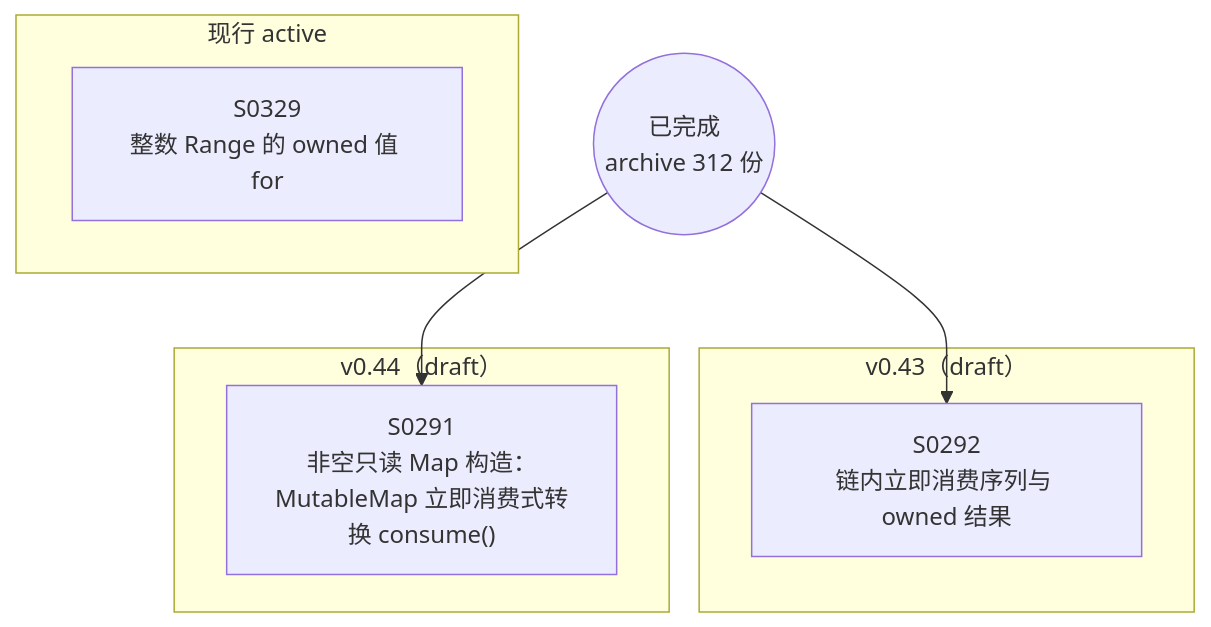
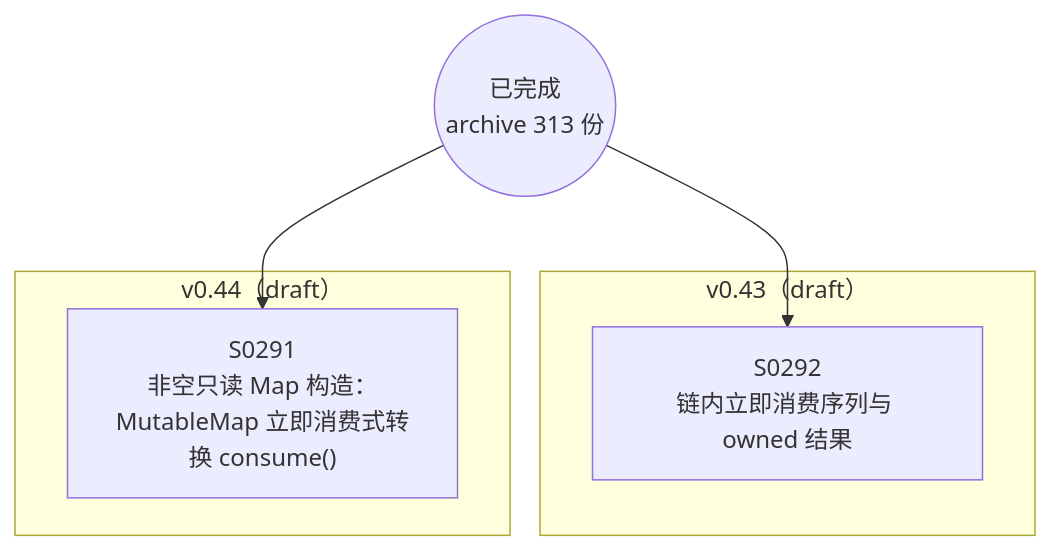
One commit to Halckon/Koven changed the diagram in docs/specs/dependency-graph.md. Above: the diagram before and after it, drawn with Mermaid. The commit also changed other lines of this file and 11 other files, not shown here.

Commit message:
docs(spec0329): archive verified numeric Range iteration

````diff
--- a/docs/specs/dependency-graph.md
+++ b/docs/specs/dependency-graph.md
@@ -9,15 +9,12 @@
 ```mermaid
 flowchart TD
-ARCH(("已完成<br/>archive 312 份"))
-subgraph Gactive["现行 active"]
-  S0329["S0329<br/>整数 Range 的 owned 值 for"]
-end
+ARCH(("已完成<br/>archive 313 份"))
 subgraph Gdrafts_v043["v0.43（draft）"]
   S0292["S0292<br/>链内立即消费序列与 owned 结果"]
 end
 subgraph Gdrafts_v044["v0.44（draft）"]
   S0291["S0291<br/>非空只读 Map 构造：MutableMap 立即消费式转换 consume()"]
 end
 ARCH --> S0291
 ARCH --> S0292
 ```
````
